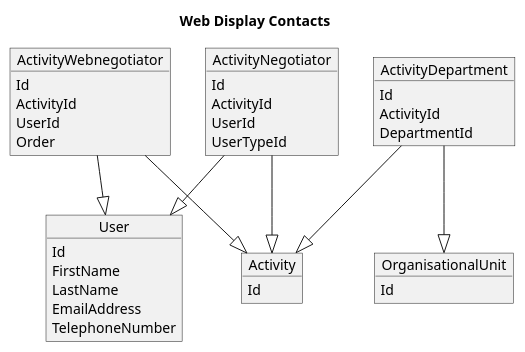
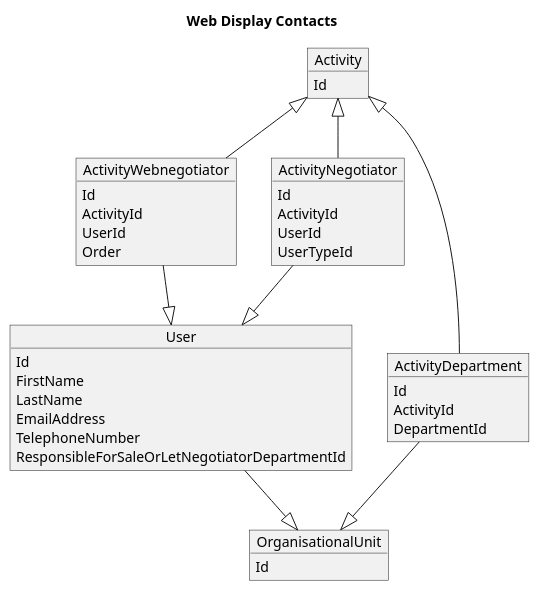
The diagram in assets/WebDisplayContacts1.puml (Kf-GaryNewport/Kf-GaryNewport.github.io), drawn with PlantUML before and after one commit.

```diff
--- a/assets/WebDisplayContacts1.puml
+++ b/assets/WebDisplayContacts1.puml
@@ -1,42 +1,45 @@
 @startuml
 
 title Web Display Contacts
 
 object Activity
+object ActivityWebnegotiator
 object ActivityNegotiator
 object ActivityDepartment
-object ActivityWebnegotiator
+
 object User
 object OrganisationalUnit
 
+ActivityWebnegotiator --|> User 
+ActivityWebnegotiator -up-|> Activity
 ActivityDepartment --|> OrganisationalUnit 
 ActivityNegotiator --|> User 
-ActivityNegotiator --|> Activity
-ActivityDepartment --|> Activity
-ActivityWebnegotiator --|> User 
-ActivityWebnegotiator --|> Activity
+ActivityNegotiator -up-|> Activity
+ActivityDepartment -up-|> Activity
+User --|> OrganisationalUnit
 
 User : Id
 User : FirstName
 User : LastName
 User : EmailAddress
 User : TelephoneNumber
+User : ResponsibleForSaleOrLetNegotiatorDepartmentId
 
 ActivityDepartment : Id
 ActivityDepartment : ActivityId
 ActivityDepartment : DepartmentId
 
 ActivityNegotiator : Id
 ActivityNegotiator : ActivityId
 ActivityNegotiator : UserId
 ActivityNegotiator : UserTypeId
 
 ActivityWebnegotiator : Id
 ActivityWebnegotiator : ActivityId
 ActivityWebnegotiator : UserId
 ActivityWebnegotiator : Order
 
 Activity : Id
 OrganisationalUnit : Id
 
 @enduml
```
